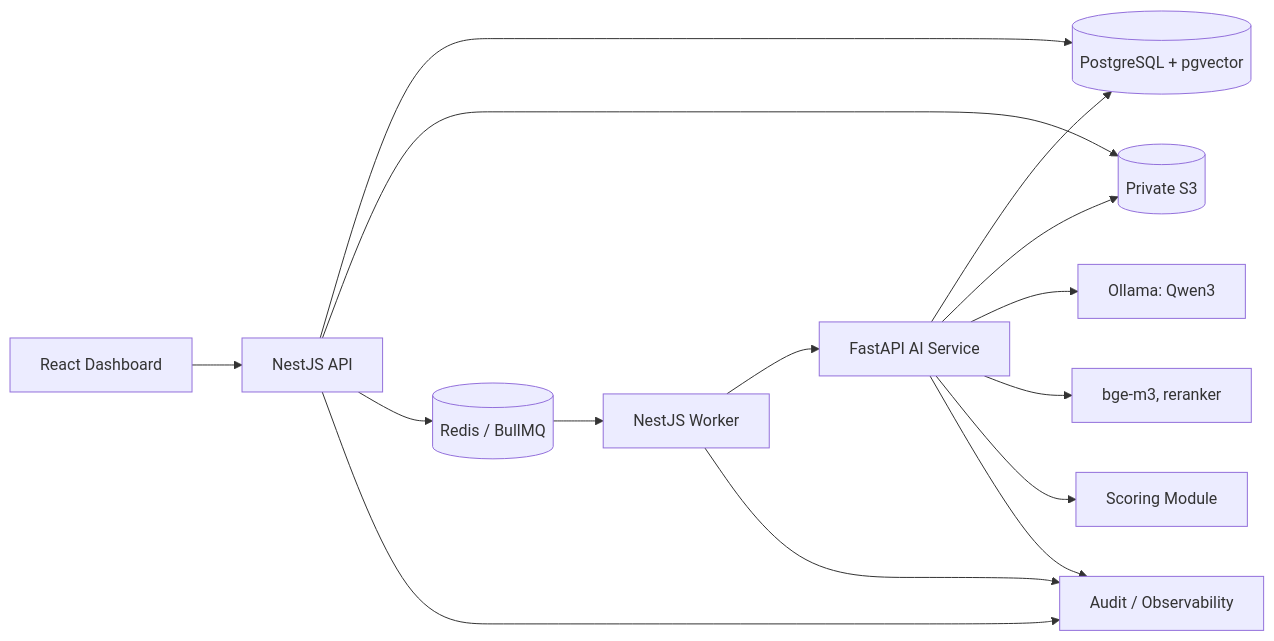
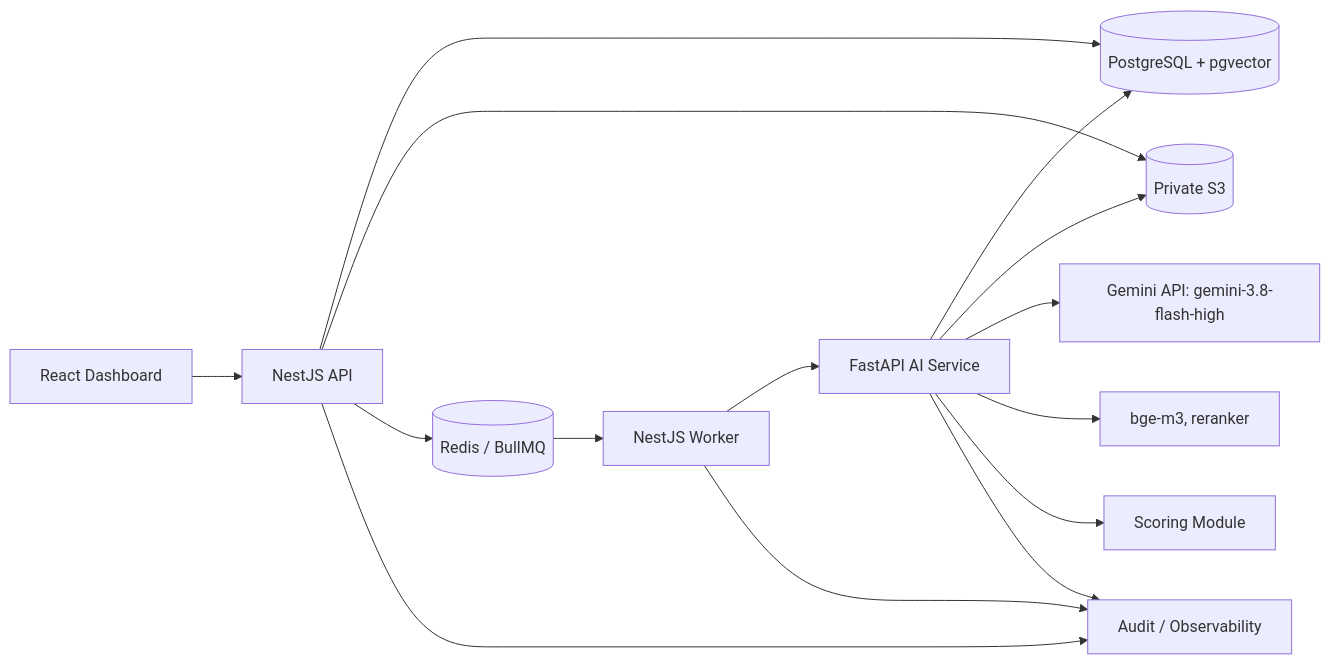
The second of 3 diagrams in docs/README_AI_RECRUITMENT.md (hunglv156/RMS-AI), drawn with Mermaid before and after one commit. The commit also changed other lines of this file, not shown here.

Commit message:
docs(readme): chuyển sang Gemini API, bỏ Qwen/Hugging Face, ghi nhật ký quyết định thay ADR

````diff
--- a/docs/README_AI_RECRUITMENT.md
+++ b/docs/README_AI_RECRUITMENT.md
@@ -170,17 +170,17 @@
 ```mermaid
 flowchart LR
     HR["React Dashboard"] --> API["NestJS API"]
     API --> PG[("PostgreSQL + pgvector")]
     API --> S3[("Private S3")]
     API --> Q[("Redis / BullMQ")]
     Q --> W["NestJS Worker"]
     W --> AI["FastAPI AI Service"]
     AI --> PG
     AI --> S3
-    AI --> LLM["Ollama: Qwen3"]
+    AI --> LLM["Gemini API: gemini-3.8-flash-high"]
     AI --> EMB["bge-m3, reranker"]
     AI --> SCR["Scoring Module"]
     API --> AUD["Audit / Observability"]
     W --> AUD
     AI --> AUD
 ```
````
